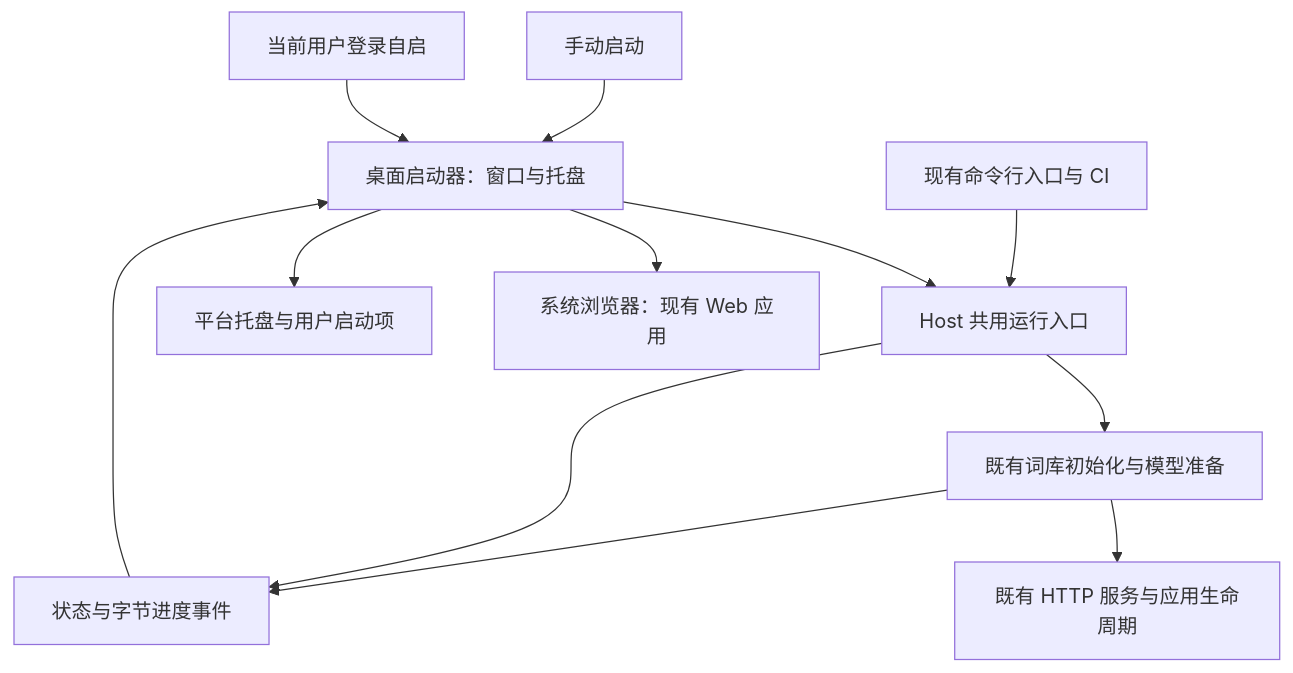
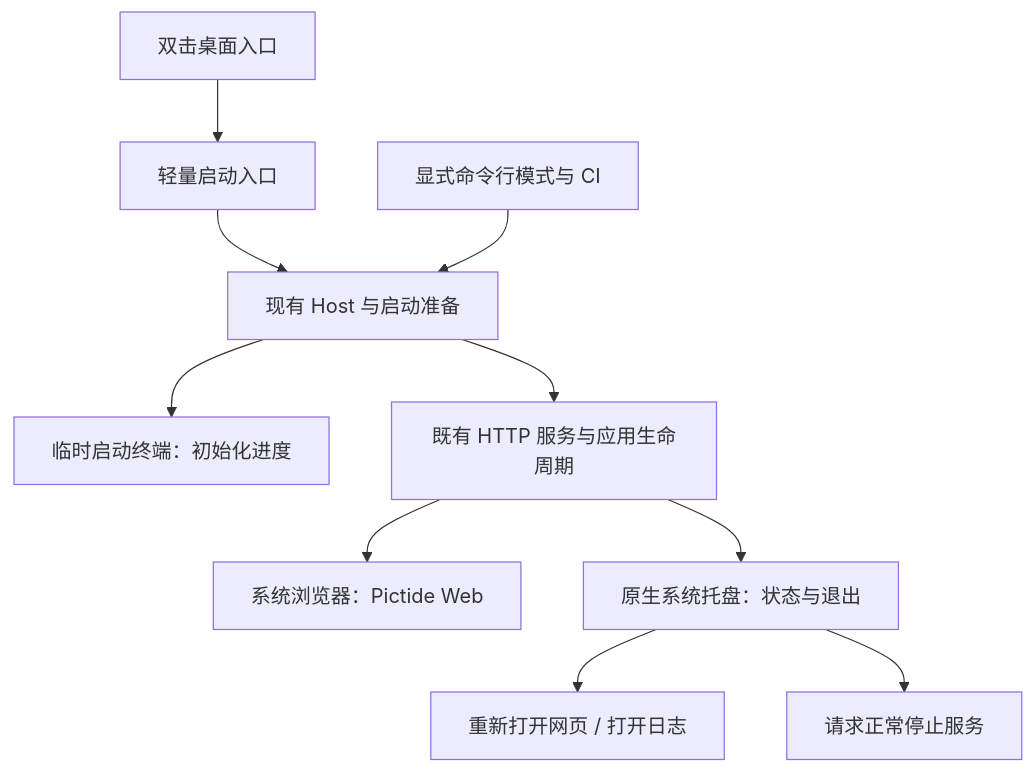
The first of 2 diagrams in docs/dev/issues/desktop-launcher.md (Lykr/pictide), drawn with Mermaid before and after one commit. The commit also changed other lines of this file and 1 other file, not shown here.

Commit message:
docs(launcher): narrow scope to startup and tray exit

````diff
--- a/docs/dev/issues/desktop-launcher.md
+++ b/docs/dev/issues/desktop-launcher.md
@@ -11,14 +11,12 @@
 ```mermaid
 flowchart TD
-    Manual[手动启动] --> Desktop[桌面启动器：窗口与托盘]
-    Login[当前用户登录自启] --> Desktop
-    Desktop --> Runtime[Host 共用运行入口]
-    Runtime --> Prepare[既有词库初始化与模型准备]
-    Prepare --> App[既有 HTTP 服务与应用生命周期]
-    Prepare --> Events[状态与字节进度事件]
-    Runtime --> Events
-    Events --> Desktop
-    Desktop --> Browser[系统浏览器：现有 Web 应用]
-    Desktop --> System[平台托盘与用户启动项]
-    CLI[现有命令行入口与 CI] --> Runtime
+    User[双击桌面入口] --> Entry[轻量启动入口]
+    Entry --> Host[现有 Host 与启动准备]
+    Host --> Progress[临时启动终端：初始化进度]
+    Host --> Service[既有 HTTP 服务与应用生命周期]
+    Service --> Browser[系统浏览器：Pictide Web]
+    Service --> Tray[原生系统托盘：状态与退出]
+    Tray --> Open[重新打开网页 / 打开日志]
+    Tray --> Stop[请求正常停止服务]
+    CLI[显式命令行模式与 CI] --> Host
 ```
````
